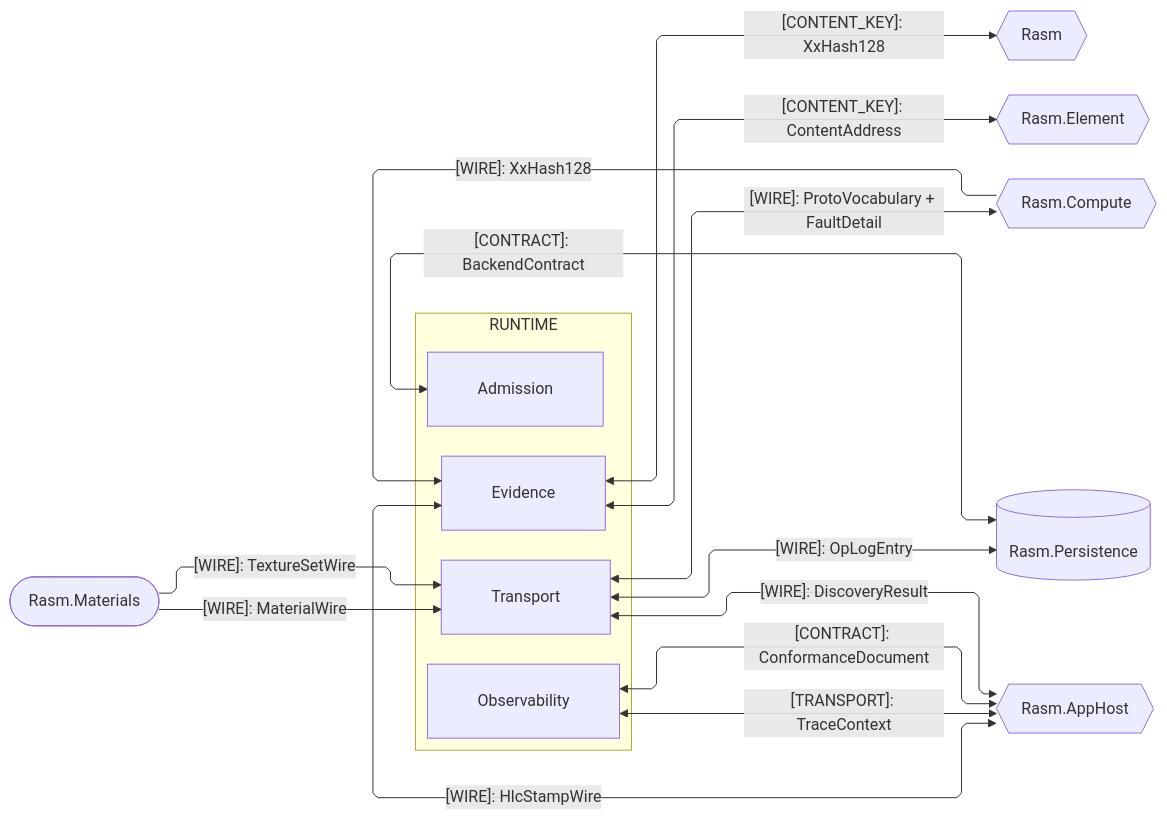
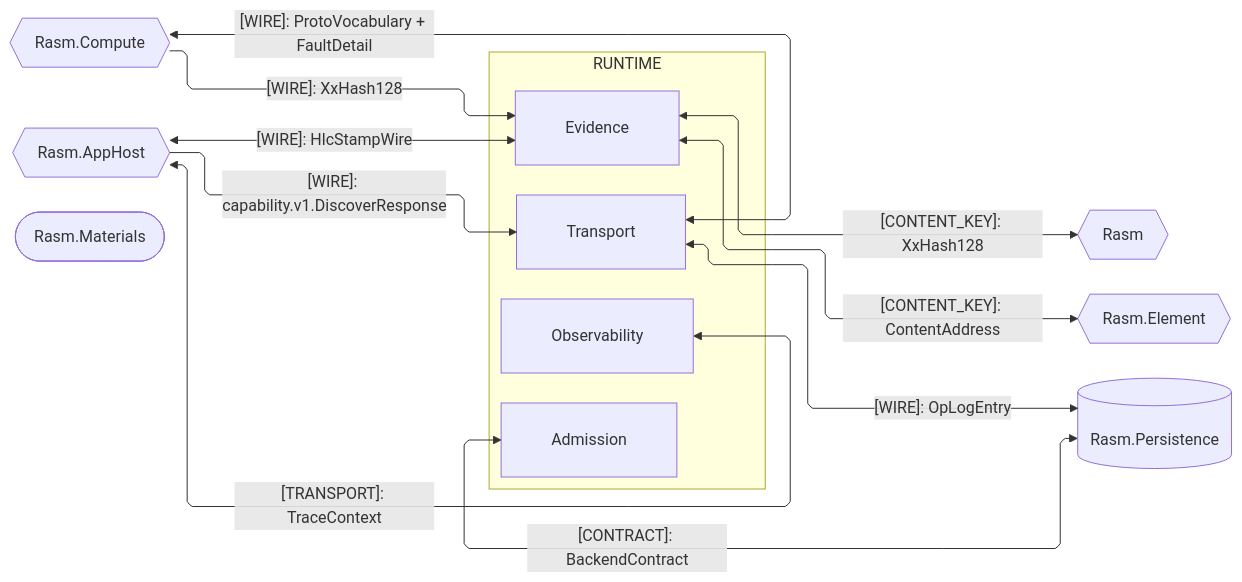
One commit to bsamiee/Rasm changed the second of 4 diagrams in libs/python/runtime/ARCHITECTURE.md. Above: the diagram before and after it, drawn with Mermaid. The commit also changed other lines of this file and 820 other files, not shown here.

````diff
--- a/libs/python/runtime/ARCHITECTURE.md
+++ b/libs/python/runtime/ARCHITECTURE.md
@@ -147,36 +145,33 @@
 ```mermaid
 ---
 config:
   layout: elk
   flowchart:
     curve: linear
     padding: 25
 ---
 flowchart LR
     accTitle: Runtime C# platform and kernel seams
-    accDescr: Runtime sub-domain owners exchanging content keys, wire codecs, gRPC transport, and clock stamps with the C# peers.
+    accDescr: Runtime sub-domain owners exchanging content keys, wire codecs, Connect transport, and clock stamps with the C# peers.
     subgraph runtime[RUNTIME]
         Evidence[Evidence]
         Admission[Admission]
         Transport[Transport]
         Observability[Observability]
     end
     Rasm{{Rasm}}
     Element{{Rasm.Element}}
     Compute{{Rasm.Compute}}
     Persistence[(Rasm.Persistence)]
     AppHost{{Rasm.AppHost}}
     Materials([Rasm.Materials])
-    Materials e1@-->|"[WIRE]: MaterialWire"| Transport
-    Materials e2@-->|"[WIRE]: TextureSetWire"| Transport
     Evidence e3@<-->|"[CONTENT_KEY]: XxHash128"| Rasm
     Evidence e4@<-->|"[CONTENT_KEY]: ContentAddress"| Element
     Compute e5@-->|"[WIRE]: XxHash128"| Evidence
     Transport e6@<-->|"[WIRE]: ProtoVocabulary + FaultDetail"| Compute
     Transport e7@<-->|"[WIRE]: OpLogEntry"| Persistence
     Persistence e8@<-->|"[CONTRACT]: BackendContract"| Admission
-    Transport e9@<-->|"[WIRE]: DiscoveryResult"| AppHost
+    AppHost e9@-->|"[WIRE]: capability.v1.DiscoverResponse"| Transport
     Observability e10@<-->|"[TRANSPORT]: TraceContext"| AppHost
     AppHost e11@<-->|"[WIRE]: HlcStampWire"| Evidence
-    Observability e12@<-->|"[CONTRACT]: ConformanceDocument"| AppHost
 ```
````
